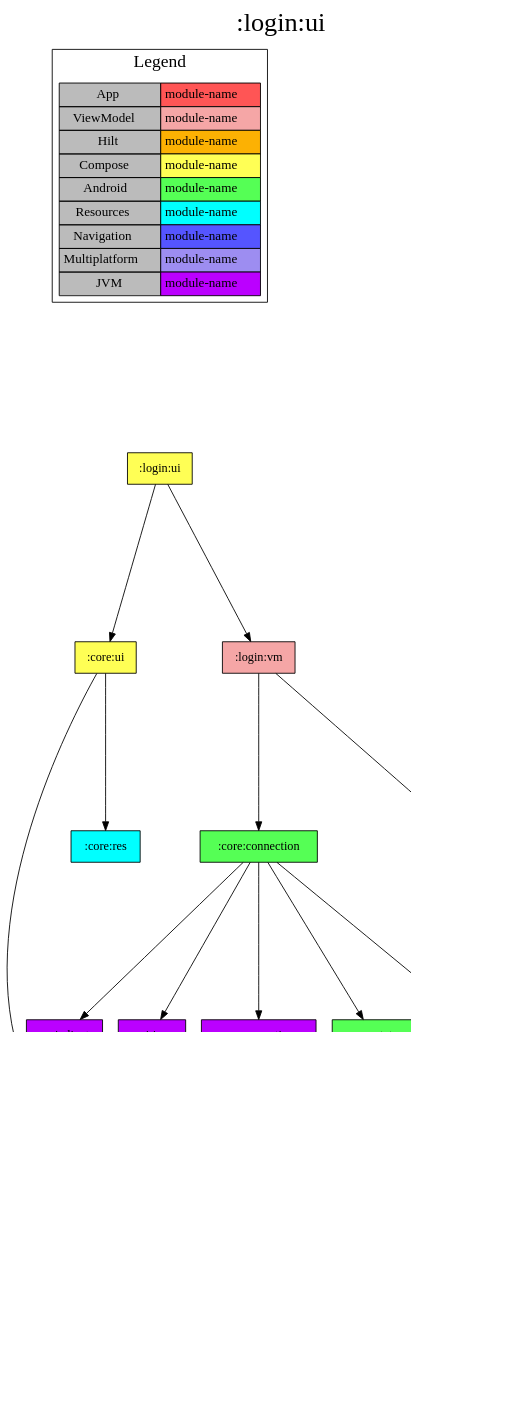
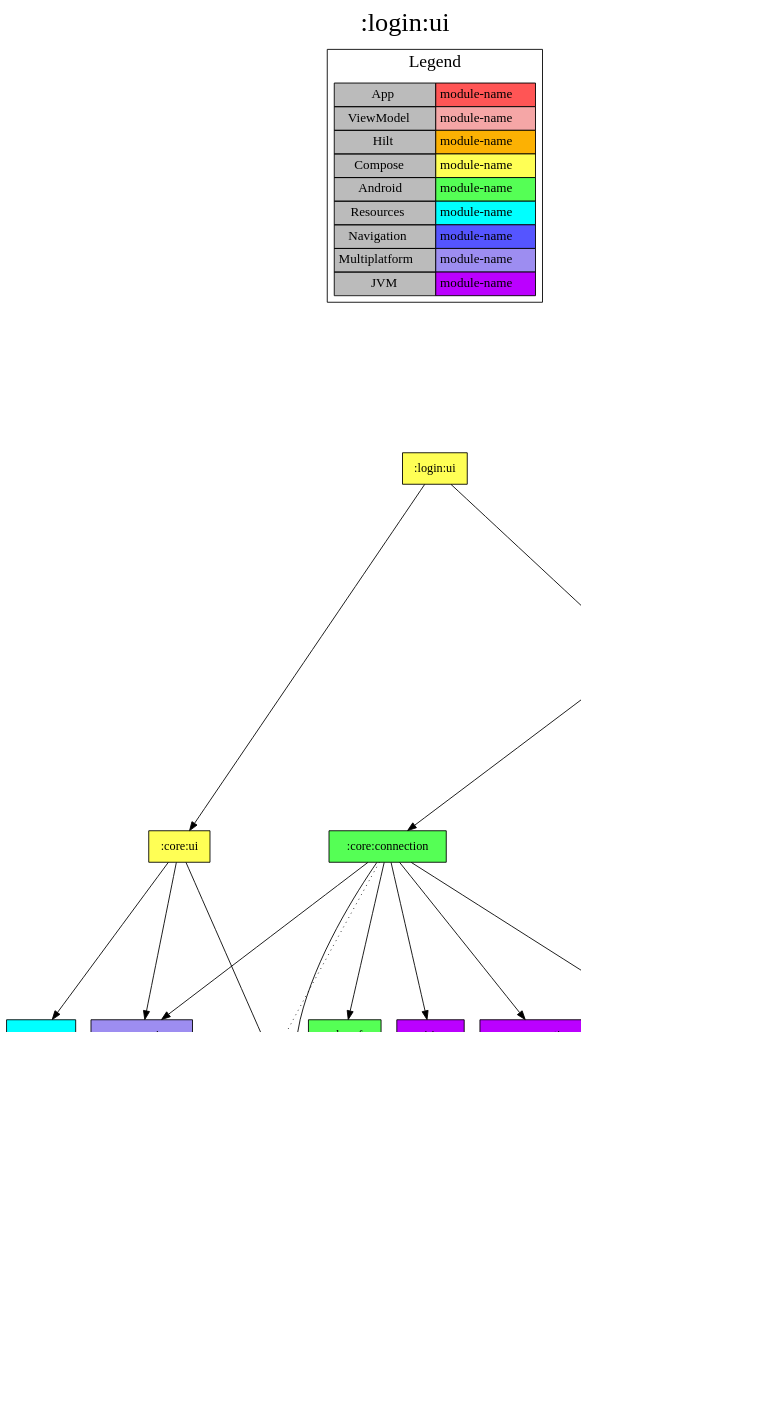
One commit to jonapoul/aktual changed the diagram in modules/login/ui/project-dependency-graph.dot. Above: the diagram before and after it, drawn with Graphviz. The commit also changed 127 other files, not shown here.

```diff
--- a/modules/login/ui/project-dependency-graph.dot
+++ b/modules/login/ui/project-dependency-graph.dot
@@ -1,55 +1,64 @@
 digraph {
 edge ["dir"="forward"]
 graph ["dpi"="100","label"=":login:ui","labelloc"="t","fontsize"="30","ranksep"="2.5","rankdir"="TB"]
 node ["style"="filled"]
 ":login:ui" ["fillcolor"="#FFFF55","shape"="box"]
 ":core:ui" ["fillcolor"="#FFFF55","shape"="box"]
-":core:model" ["fillcolor"="#BB00FF","shape"="box"]
 ":core:res" ["fillcolor"="#00FFFF","shape"="box"]
+":core:versions" ["fillcolor"="#9D8DF1","shape"="box"]
+":core:buildconfig" ["fillcolor"="#9D8DF1","shape"="box"]
+":url:model" ["fillcolor"="#9D8DF1","shape"="box"]
 ":login:vm" ["fillcolor"="#F5A6A6","shape"="box"]
 ":core:connection" ["fillcolor"="#55FF55","shape"="box"]
 ":api:client" ["fillcolor"="#BB00FF","shape"="box"]
 ":api:model" ["fillcolor"="#BB00FF","shape"="box"]
+":login:model" ["fillcolor"="#9D8DF1","shape"="box"]
 ":api:json" ["fillcolor"="#BB00FF","shape"="box"]
 ":core:coroutines" ["fillcolor"="#BB00FF","shape"="box"]
-":core:state" ["fillcolor"="#55FF55","shape"="box"]
-":serverUrl:prefs" ["fillcolor"="#55FF55","shape"="box"]
+":url:prefs" ["fillcolor"="#55FF55","shape"="box"]
 ":login:prefs" ["fillcolor"="#BB00FF","shape"="box"]
 {
 edge ["dir"="none"]
 graph ["rank"="same"]
 }
 ":login:ui" -> ":core:ui"
 ":login:ui" -> ":login:vm"
-":core:ui" -> ":core:model"
 ":core:ui" -> ":core:res"
+":core:ui" -> ":core:versions"
+":core:ui" -> ":url:model"
+":core:versions" -> ":core:buildconfig"
 ":login:vm" -> ":core:connection"
-":login:vm" -> ":login:prefs"
+":login:vm" -> ":login:model"
+":login:vm" -> ":url:model"
+":login:vm" -> ":api:client" ["style"="dotted"]
+":login:vm" -> ":login:prefs" ["style"="dotted"]
 ":core:connection" -> ":api:client"
 ":core:connection" -> ":api:json"
 ":core:connection" -> ":core:coroutines"
-":core:connection" -> ":core:state"
-":core:connection" -> ":serverUrl:prefs"
+":core:connection" -> ":core:versions"
+":core:connection" -> ":url:model"
+":core:connection" -> ":url:prefs"
+":core:connection" -> ":core:buildconfig" ["style"="dotted"]
 ":api:client" -> ":api:model"
-":api:model" -> ":core:model"
-":core:state" -> ":core:model"
-":serverUrl:prefs" -> ":core:model"
-":login:prefs" -> ":core:model"
+":api:client" -> ":url:model"
+":api:model" -> ":login:model"
+":url:prefs" -> ":url:model"
+":login:prefs" -> ":login:model"
 subgraph "cluster_legend" {
 edge ["dir"="none"]
 graph ["label"="Legend","fontsize"="20"]
 "Legend" ["style"="filled","fillcolor"="#bbbbbb","shape"="none","margin"="0","fontsize"="15","label"=<
 <TABLE BORDER="0" CELLBORDER="1" CELLSPACING="0" CELLPADDING="4">
 <TR><TD>App</TD><TD BGCOLOR="#FF5555">module-name</TD></TR>
 <TR><TD>ViewModel</TD><TD BGCOLOR="#F5A6A6">module-name</TD></TR>
 <TR><TD>Hilt</TD><TD BGCOLOR="#FCB103">module-name</TD></TR>
 <TR><TD>Compose</TD><TD BGCOLOR="#FFFF55">module-name</TD></TR>
 <TR><TD>Android</TD><TD BGCOLOR="#55FF55">module-name</TD></TR>
 <TR><TD>Resources</TD><TD BGCOLOR="#00FFFF">module-name</TD></TR>
 <TR><TD>Navigation</TD><TD BGCOLOR="#5555FF">module-name</TD></TR>
 <TR><TD>Multiplatform</TD><TD BGCOLOR="#9D8DF1">module-name</TD></TR>
 <TR><TD>JVM</TD><TD BGCOLOR="#BB00FF">module-name</TD></TR>
 </TABLE>
 >]
 } -> ":login:ui" ["style"="invis"]
 }
```
